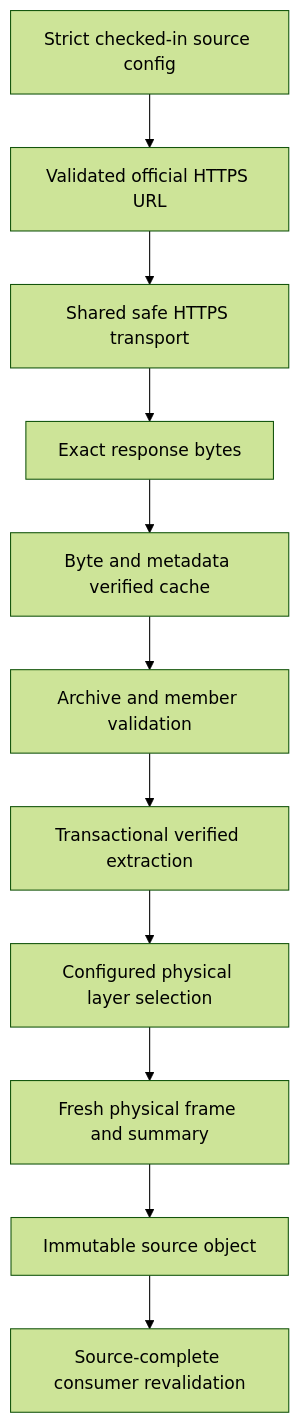
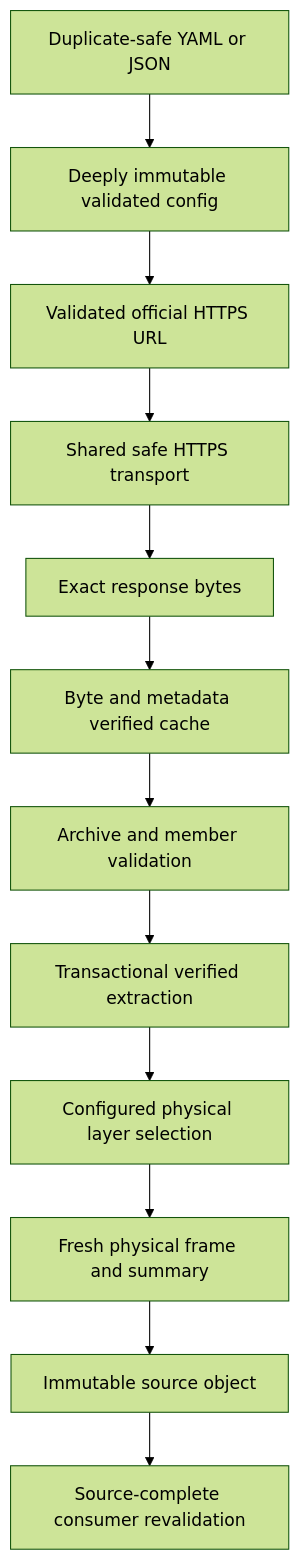
One commit to hmsouhaib/landscout-ai changed the diagram in docs/code/SOURCE_TRUST_MODEL.md. Above: the diagram before and after it, drawn with Mermaid (forest theme). The commit also changed other lines of this file and 164 other files, not shown here.

````diff
--- a/docs/code/SOURCE_TRUST_MODEL.md
+++ b/docs/code/SOURCE_TRUST_MODEL.md
@@ -7,13 +7,14 @@
 ```mermaid
 flowchart TD
-    Config[Strict checked-in source config] --> Url[Validated official HTTPS URL]
+    Serialized[Duplicate-safe YAML or JSON] --> Config[Deeply immutable validated config]
+    Config --> Url[Validated official HTTPS URL]
     Url --> Transport[Shared safe HTTPS transport]
     Transport --> Bytes[Exact response bytes]
     Bytes --> Cache[Byte and metadata verified cache]
     Cache --> Archive[Archive and member validation]
     Archive --> Extract[Transactional verified extraction]
     Extract --> Layer[Configured physical layer selection]
     Layer --> Frame[Fresh physical frame and summary]
     Frame --> Result[Immutable source object]
     Result --> Revalidate[Source-complete consumer revalidation]
 ```
````
